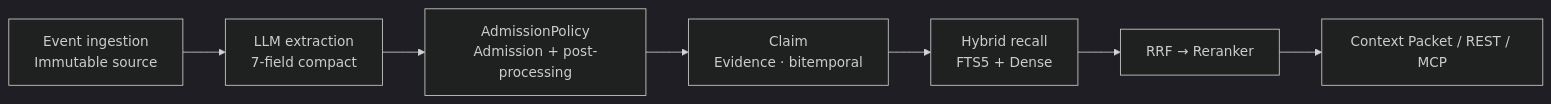
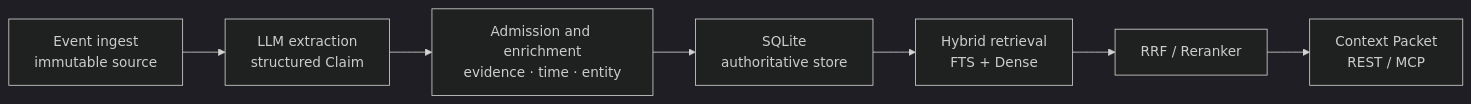
The diagram in README_EN.md (lohr13/hl_mem), drawn with Mermaid (dark theme) before and after one commit. The commit also changed other lines of this file and 10 other files, not shown here.

````diff
--- a/README_EN.md
+++ b/README_EN.md
@@ -20,9 +23,9 @@
 ```mermaid
 flowchart LR
-    A["Event ingestion<br/>Immutable source"] --> B["LLM extraction<br/>7-field compact"]
-    B --> C["AdmissionPolicy<br/>Admission + post-processing"]
-    C --> D["Claim<br/>Evidence · bitemporal"]
-    D --> E["Hybrid recall<br/>FTS5 + Dense"]
-    E --> F["RRF → Reranker"]
-    F --> G["Context Packet / REST / MCP"]
+    A["Event ingest<br/>immutable source"] --> B["LLM extraction<br/>structured Claim"]
+    B --> C["Admission and enrichment<br/>evidence · time · entity"]
+    C --> D["SQLite<br/>authoritative store"]
+    D --> E["Hybrid retrieval<br/>FTS + Dense"]
+    E --> F["RRF / Reranker"]
+    F --> G["Context Packet<br/>REST / MCP"]
 ```
````
